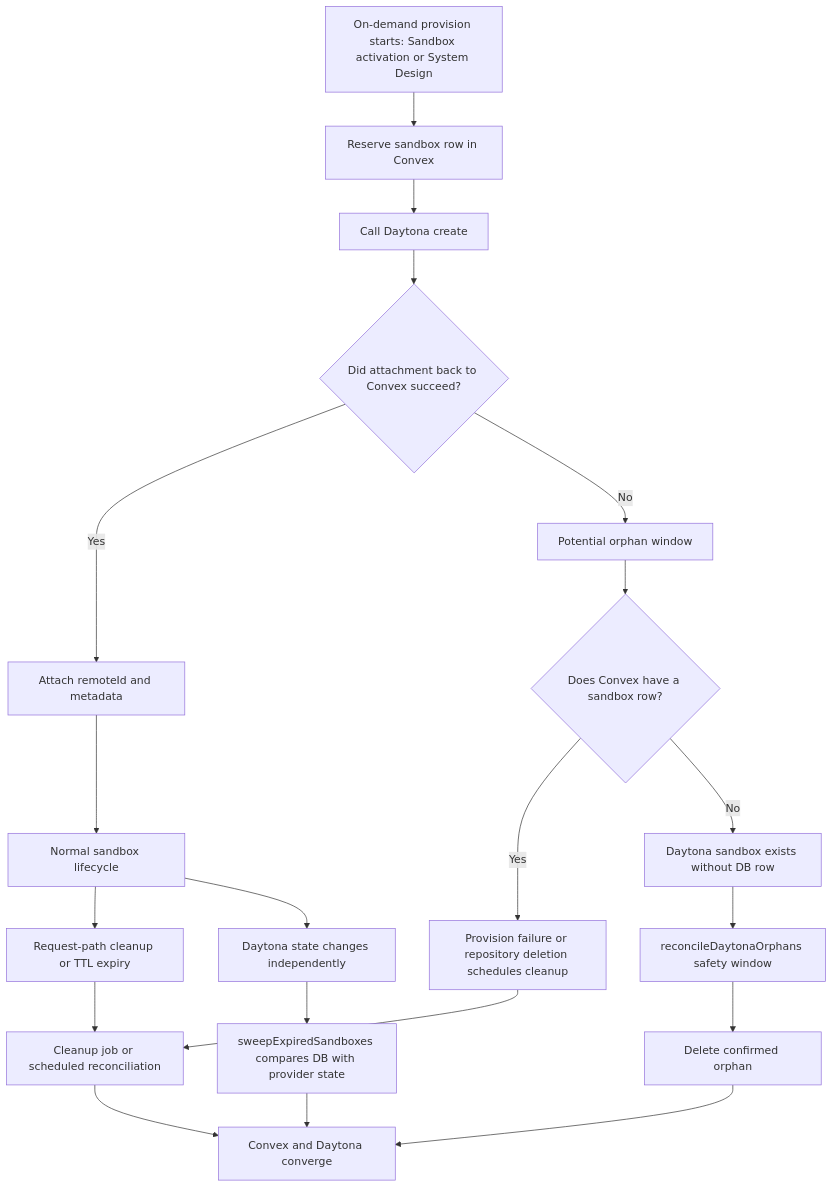
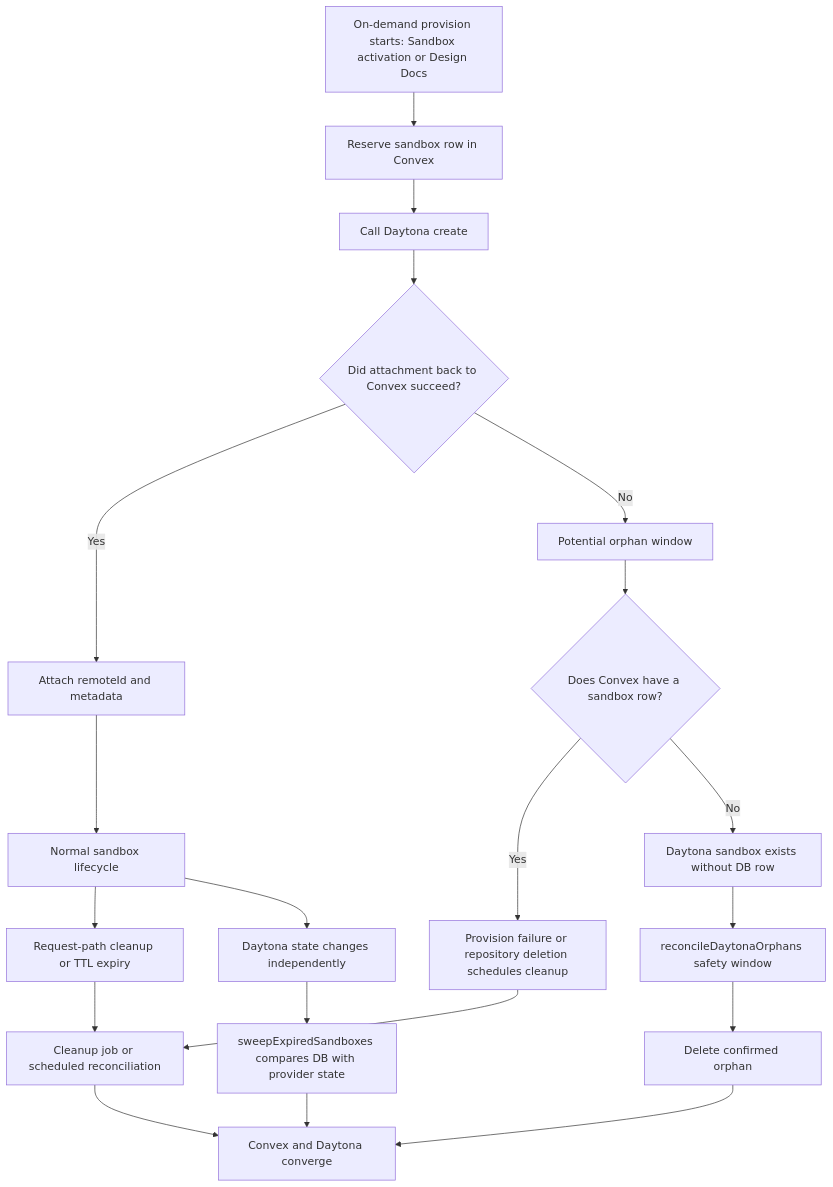
Before and after one commit to EricTsai83/systify: the diagram in docs/sandbox/orphan-resource-handling.md, drawn with Mermaid. The commit also changed other lines of this file and 39 other files, not shown here.

First line of the commit message:
Rename System Design workflow to Design Docs and clarify job append beha

````diff
--- a/docs/sandbox/orphan-resource-handling.md
+++ b/docs/sandbox/orphan-resource-handling.md
@@ -39,27 +39,27 @@
 ```mermaid
 flowchart TD
-  A[On-demand provision starts: Sandbox activation or System Design] --> B[Reserve sandbox row in Convex]
+  A[On-demand provision starts: Sandbox activation or Design Docs] --> B[Reserve sandbox row in Convex]
   B --> C[Call Daytona create]
   C --> D{Did attachment back to Convex succeed?}
 
   D -->|Yes| E[Attach remoteId and metadata]
   E --> F[Normal sandbox lifecycle]
   F --> G[Request-path cleanup or TTL expiry]
   G --> H[Cleanup job or scheduled reconciliation]
   H --> I[Convex and Daytona converge]
 
   D -->|No| J[Potential orphan window]
   J --> K{Does Convex have a sandbox row?}
 
   K -->|Yes| L[Provision failure or repository deletion schedules cleanup]
   L --> H
 
   K -->|No| M[Daytona sandbox exists without DB row]
   M --> N[reconcileDaytonaOrphans safety window]
   N --> O[Delete confirmed orphan]
   O --> I
 
   F --> P[Daytona state changes independently]
   P --> Q[sweepExpiredSandboxes compares DB with provider state]
   Q --> I
 ```
````
